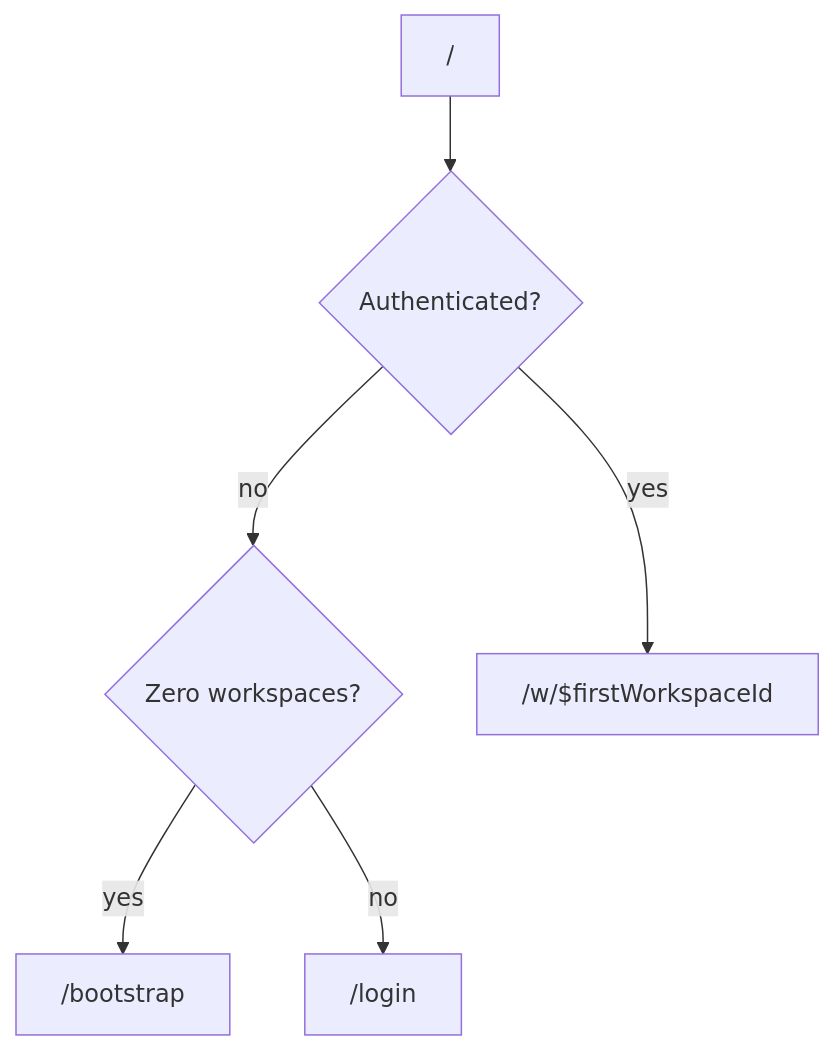
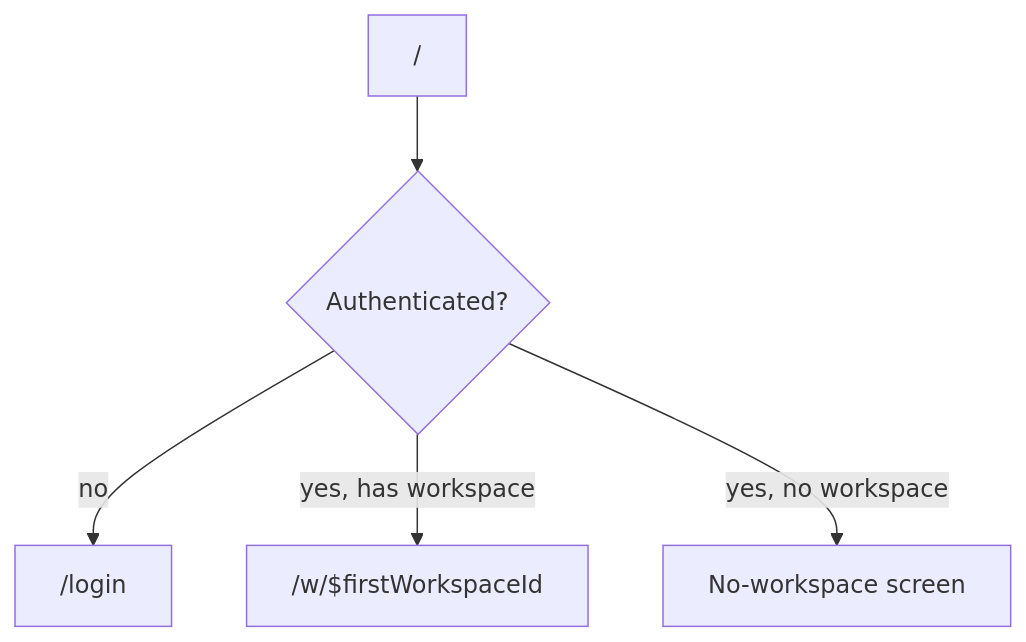
The first of 3 diagrams in docs/interface/user_onboarding.md (carlos-tamarind/tamarind-app), drawn with Mermaid before and after one commit. The commit also changed 1 other file, not shown here.

````diff
--- a/docs/interface/user_onboarding.md
+++ b/docs/interface/user_onboarding.md
@@ -9,15 +9,13 @@
 ```mermaid
 flowchart TD
   Root["/"]
   Auth{"Authenticated?"}
-  ZeroWS{"Zero workspaces?"}
   Login["/login"]
-  Bootstrap["/bootstrap"]
+  NoWS["No-workspace screen"]
   Workspace["/w/$firstWorkspaceId"]
 
   Root --> Auth
-  Auth -->|no| ZeroWS
-  ZeroWS -->|yes| Bootstrap
-  ZeroWS -->|no| Login
-  Auth -->|yes| Workspace
+  Auth -->|no| Login
+  Auth -->|yes, has workspace| Workspace
+  Auth -->|yes, no workspace| NoWS
 ```
````
